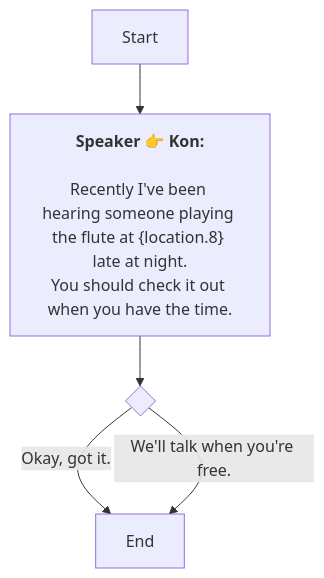
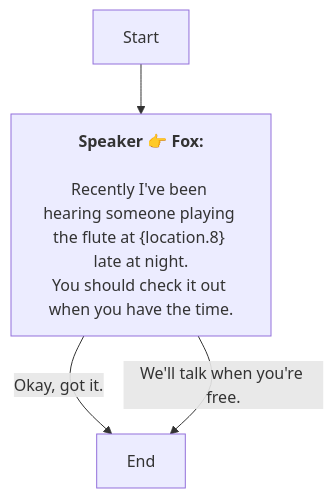
The diagram in En/QuestStartTalkENode_1752682175385345.md (SoftHu/tos_avg), drawn with Mermaid before and after one commit. The commit also changed 737 other files, not shown here.

````diff
--- a/En/QuestStartTalkENode_1752682175385345.md
+++ b/En/QuestStartTalkENode_1752682175385345.md
@@ -1,11 +1,9 @@
 ```mermaid
 graph
-Start -->1752682875416325[<b>Speaker 👉 Kon:</b>
+Start -->1752682875416325[<b>Speaker 👉 Fox:</b>
+\nRecently I've been hearing someone playing the flute at &lbrace;location.8&rbrace; late at night.
+You should check it out when you have the time.]
+1752682875416325 -->|Okay, got it.|1752683556918027[End]
+1752682875416325 -->|We'll talk when you're free.|1752683556918027[End]
 
-Recently I've been hearing someone playing the flute at &lbrace;location.8&rbrace; late at night.
-You should check it out when you have the time.]
-1752682875416325 -->1752683452349190{ }
-1752683452349190 -->|Okay, got it.|1752683556918027[End]
-1752683452349190 -->|We'll talk when you're free.|1752683556918027[End]
-
- ```
+```
````
